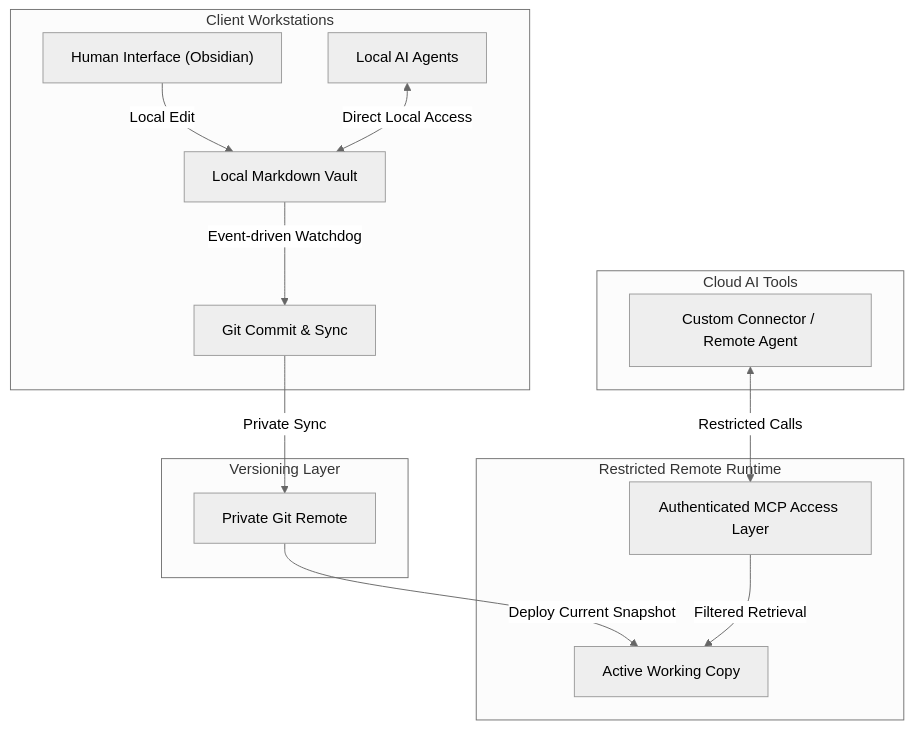
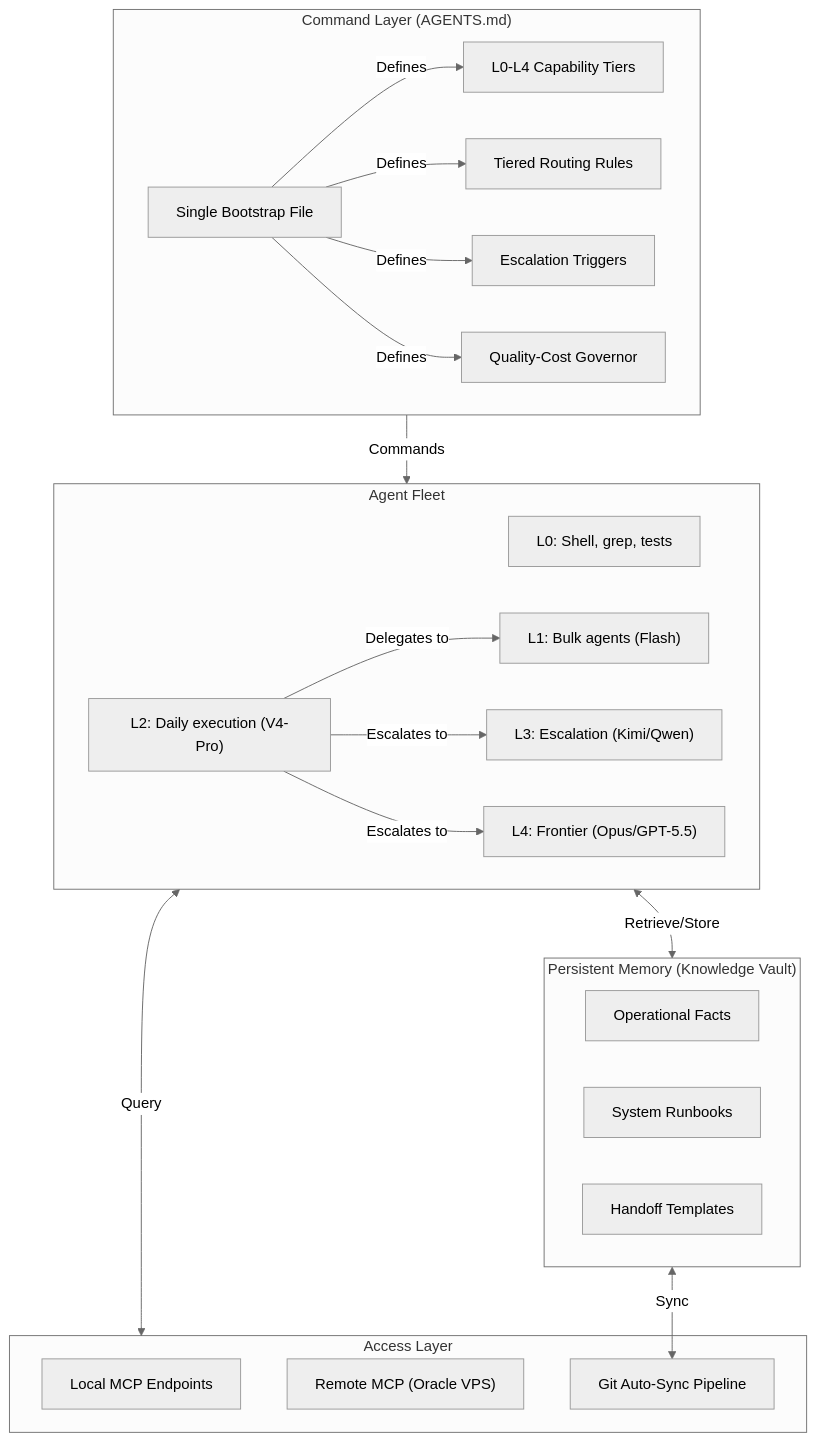
The diagram in case-studies/agentic-knowledge-vault-mcp.md (matteopasseri407/agentic-ops), drawn with Mermaid (neutral theme) before and after one commit. The commit also changed other lines of this file and 2 other files, not shown here.

Commit message:
Reposition vault as multi-agent orchestration architecture, not just memory layer

````diff
--- a/case-studies/agentic-knowledge-vault-mcp.md
+++ b/case-studies/agentic-knowledge-vault-mcp.md
@@ -22,21 +26,37 @@
 ```mermaid
 graph TD
-    subgraph Workstations["Client Workstations"]
-        Obsidian["Human Interface (Obsidian)"] -->|Local Edit| LocalVault["Local Markdown Vault"]
-        LocalVault -->|Event-driven Watchdog| GitSync["Git Commit & Sync"]
-        LocalAgents["Local AI Agents"] <-->|Direct Local Access| LocalVault
+    subgraph CommandLayer["Command Layer (AGENTS.md)"]
+        Bootstrap["Single Bootstrap File"] -->|Defines| Tiers["L0-L4 Capability Tiers"]
+        Bootstrap -->|Defines| Routing["Tiered Routing Rules"]
+        Bootstrap -->|Defines| Escalation["Escalation Triggers"]
+        Bootstrap -->|Defines| Governor["Quality-Cost Governor"]
     end
 
-    subgraph Versioning["Versioning Layer"]
-        GitSync -->|Private Sync| PrivateGit["Private Git Remote"]
+    subgraph Agents["Agent Fleet"]
+        L0["L0: Shell, grep, tests"]
+        L1["L1: Bulk agents (Flash)"]
+        L2["L2: Daily execution (V4-Pro)"]
+        L3["L3: Escalation (Kimi/Qwen)"]
+        L4["L4: Frontier (Opus/GPT-5.5)"]
     end
 
-    subgraph RemoteRuntime["Restricted Remote Runtime"]
-        PrivateGit -->|Deploy Current Snapshot| WorkingCopy["Active Working Copy"]
-        AccessLayer["Authenticated MCP Access Layer"] -->|Filtered Retrieval| WorkingCopy
+    subgraph Memory["Persistent Memory (Knowledge Vault)"]
+        Facts["Operational Facts"]
+        Runbooks["System Runbooks"]
+        HandoffTemplates["Handoff Templates"]
     end
 
-    subgraph ExternalAI["Cloud AI Tools"]
-        CustomConnector["Custom Connector / Remote Agent"] <-->|Restricted Calls| AccessLayer
+    subgraph Access["Access Layer"]
+        LocalMCP["Local MCP Endpoints"]
+        RemoteMCP["Remote MCP (Oracle VPS)"]
+        GitSync["Git Auto-Sync Pipeline"]
     end
+
+    CommandLayer -->|Commands| Agents
+    Agents <-->|Retrieve/Store| Memory
+    Memory <-->|Sync| GitSync
+    Agents <-->|Query| Access
+    L2 -->|Delegates to| L1
+    L2 -->|Escalates to| L3
+    L2 -->|Escalates to| L4
 ```
````
